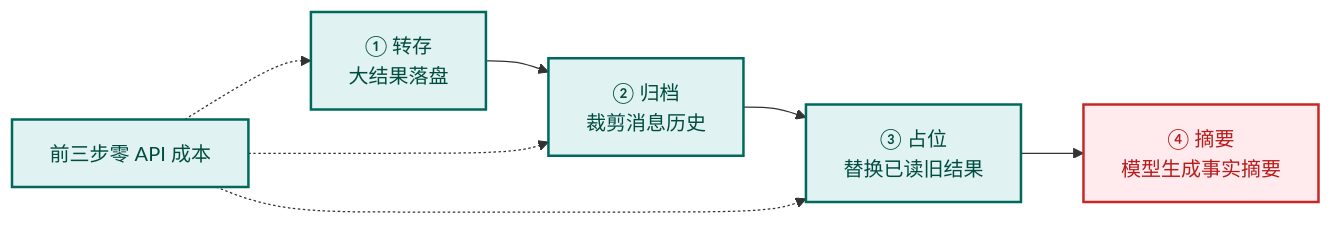
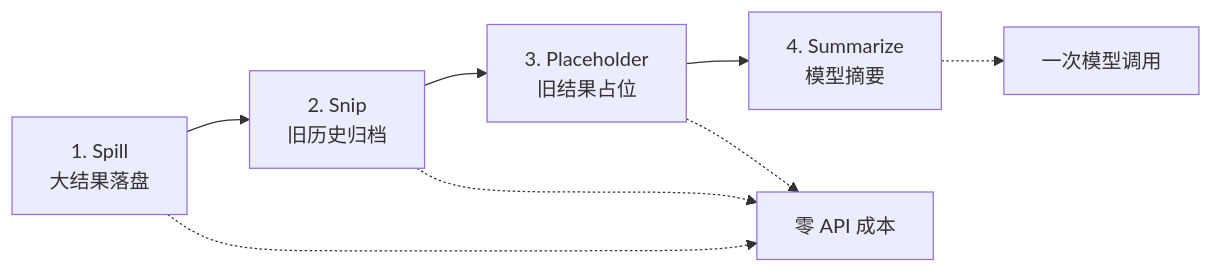
The third of 3 diagrams in README.md (still0123/agentloop), drawn with Mermaid before and after one commit. The commit also changed other lines of this file and 21 other files, not shown here.

````diff
--- a/README.md
+++ b/README.md
@@ -69,14 +157,11 @@
 ```mermaid
 flowchart LR
-    S1["① 转存<br/>大结果落盘"] --> S2["② 归档<br/>裁剪消息历史"]
-    S2 --> S3["③ 占位<br/>替换已读旧结果"]
-    S3 --> S4["④ 摘要<br/>模型生成事实摘要"]
-    FREE["前三步零 API 成本"] -.-> S1
-    FREE -.-> S2
-    FREE -.-> S3
+    S1["1. Spill<br/>大结果落盘"] --> S2["2. Snip<br/>旧历史归档"]
+    S2 --> S3["3. Placeholder<br/>旧结果占位"]
+    S3 --> S4["4. Summarize<br/>模型摘要"]
 
-    classDef free fill:#E0F2F1,stroke:#00695C,stroke-width:2px,color:#004D40
-    classDef costly fill:#FFEBEE,stroke:#C62828,stroke-width:2px,color:#B71C1C
-    class S1,S2,S3,FREE free
-    class S4 costly
+    S1 -.-> O1["零 API 成本"]
+    S2 -.-> O1
+    S3 -.-> O1
+    S4 -.-> O2["一次模型调用"]
 ```
````
